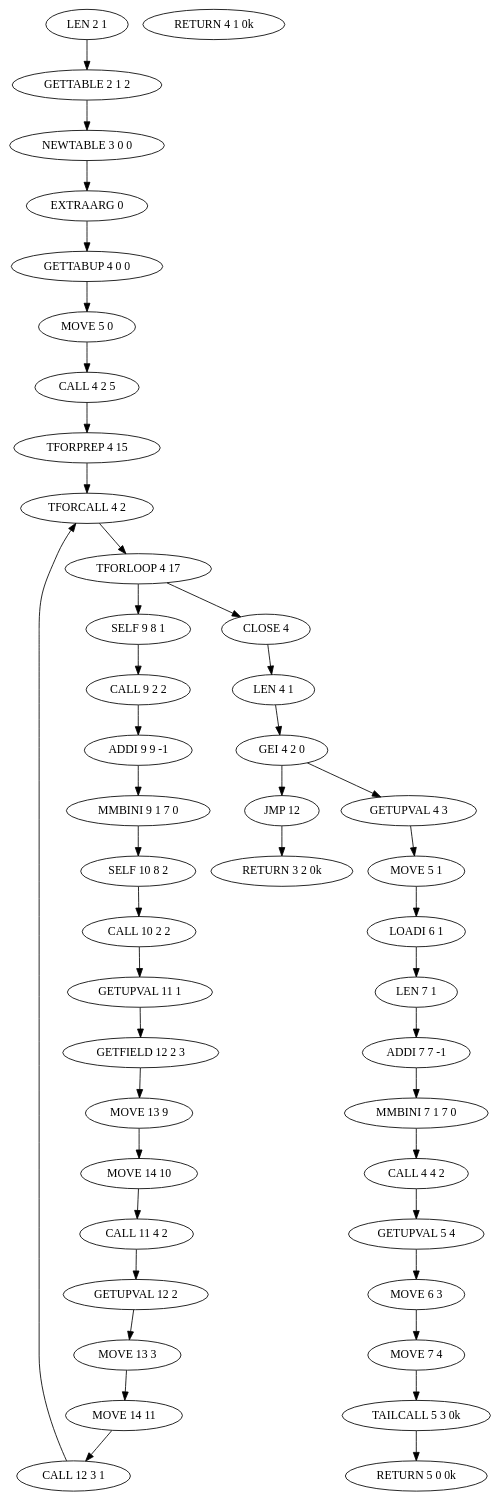
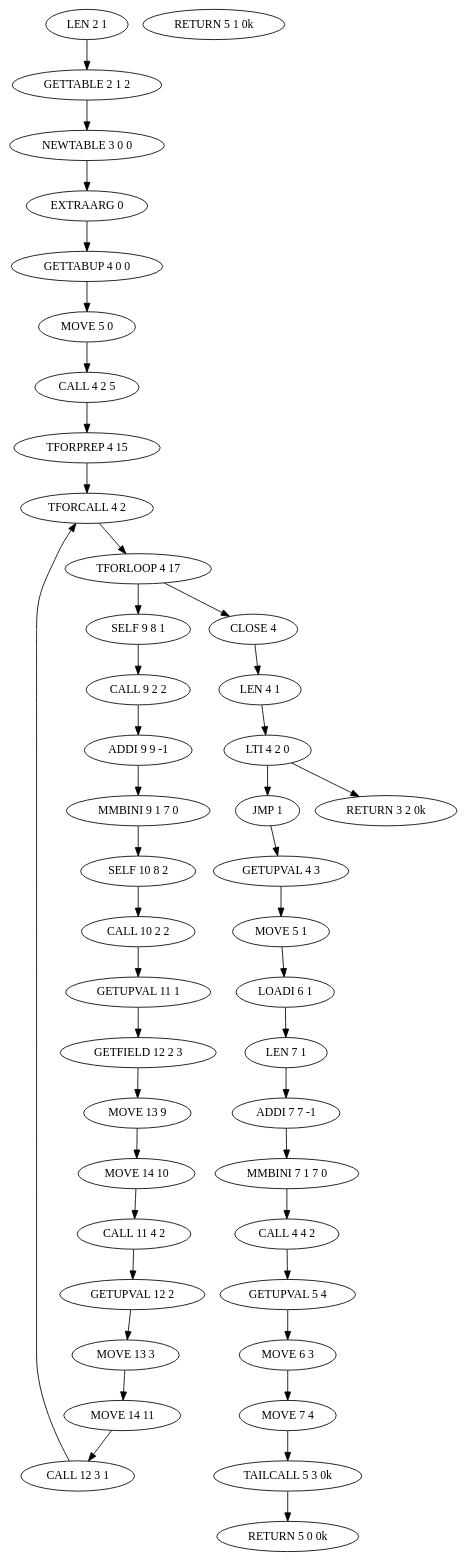
The diagram in output/dot/test.lua.3.dot (martin-eden/Lua-Callgraph), drawn with Graphviz before and after one commit. The commit also changed 2 other files, not shown here.

```diff
--- a/output/dot/test.lua.3.dot
+++ b/output/dot/test.lua.3.dot
@@ -1,54 +1,54 @@
 strict digraph "test.lua.3"
 {
   "01" [ label = "LEN 2 1" ];
   "02" [ label = "GETTABLE 2 1 2" ];
   "03" [ label = "NEWTABLE 3 0 0" ];
   "04" [ label = "EXTRAARG 0" ];
   "05" [ label = "GETTABUP 4 0 0" ];
   "06" [ label = "MOVE 5 0" ];
   "07" [ label = "CALL 4 2 5" ];
   "08" [ label = "TFORPREP 4 15" ];
   "09" [ label = "SELF 9 8 1" ];
   "10" [ label = "CALL 9 2 2" ];
   "11" [ label = "ADDI 9 9 -1" ];
   "12" [ label = "MMBINI 9 1 7 0" ];
   "13" [ label = "SELF 10 8 2" ];
   "14" [ label = "CALL 10 2 2" ];
   "15" [ label = "GETUPVAL 11 1" ];
   "16" [ label = "GETFIELD 12 2 3" ];
   "17" [ label = "MOVE 13 9" ];
   "18" [ label = "MOVE 14 10" ];
   "19" [ label = "CALL 11 4 2" ];
   "20" [ label = "GETUPVAL 12 2" ];
   "21" [ label = "MOVE 13 3" ];
   "22" [ label = "MOVE 14 11" ];
   "23" [ label = "CALL 12 3 1" ];
   "24" [ label = "TFORCALL 4 2" ];
   "25" [ label = "TFORLOOP 4 17" ];
   "26" [ label = "CLOSE 4" ];
   "27" [ label = "LEN 4 1" ];
-  "28" [ label = "GEI 4 2 0" ];
-  "29" [ label = "JMP 12" ];
-  "30" [ label = "GETUPVAL 4 3" ];
-  "31" [ label = "MOVE 5 1" ];
-  "32" [ label = "LOADI 6 1" ];
-  "33" [ label = "LEN 7 1" ];
-  "34" [ label = "ADDI 7 7 -1" ];
-  "35" [ label = "MMBINI 7 1 7 0" ];
-  "36" [ label = "CALL 4 4 2" ];
-  "37" [ label = "GETUPVAL 5 4" ];
-  "38" [ label = "MOVE 6 3" ];
-  "39" [ label = "MOVE 7 4" ];
-  "40" [ label = "TAILCALL 5 3 0k" ];
-  "41" [ label = "RETURN 5 0 0k" ];
-  "42" [ label = "RETURN 3 2 0k" ];
-  "43" [ label = "RETURN 4 1 0k" ];
+  "28" [ label = "LTI 4 2 0" ];
+  "29" [ label = "JMP 1" ];
+  "30" [ label = "RETURN 3 2 0k" ];
+  "31" [ label = "GETUPVAL 4 3" ];
+  "32" [ label = "MOVE 5 1" ];
+  "33" [ label = "LOADI 6 1" ];
+  "34" [ label = "LEN 7 1" ];
+  "35" [ label = "ADDI 7 7 -1" ];
+  "36" [ label = "MMBINI 7 1 7 0" ];
+  "37" [ label = "CALL 4 4 2" ];
+  "38" [ label = "GETUPVAL 5 4" ];
+  "39" [ label = "MOVE 6 3" ];
+  "40" [ label = "MOVE 7 4" ];
+  "41" [ label = "TAILCALL 5 3 0k" ];
+  "42" [ label = "RETURN 5 0 0k" ];
+  "43" [ label = "RETURN 5 1 0k" ];
 
   "01" -> "02" -> "03" -> "04" -> "05" -> "06" -> "07" -> "08" -> "24";
   "09" -> "10" -> "11" -> "12" -> "13" -> "14" -> "15" -> "16" -> "17" -> "18" -> "19" -> "20" -> "21" -> "22" -> "23" -> "24" -> "25";
   "25" -> { "26" "09" };
   "26" -> "27" -> "28";
   "28" -> { "29" "30" };
-  "29" -> "42";
-  "30" -> "31" -> "32" -> "33" -> "34" -> "35" -> "36" -> "37" -> "38" -> "39" -> "40" -> "41";
+  "29" -> "31";
+  "31" -> "32" -> "33" -> "34" -> "35" -> "36" -> "37" -> "38" -> "39" -> "40" -> "41" -> "42";
 }
```
